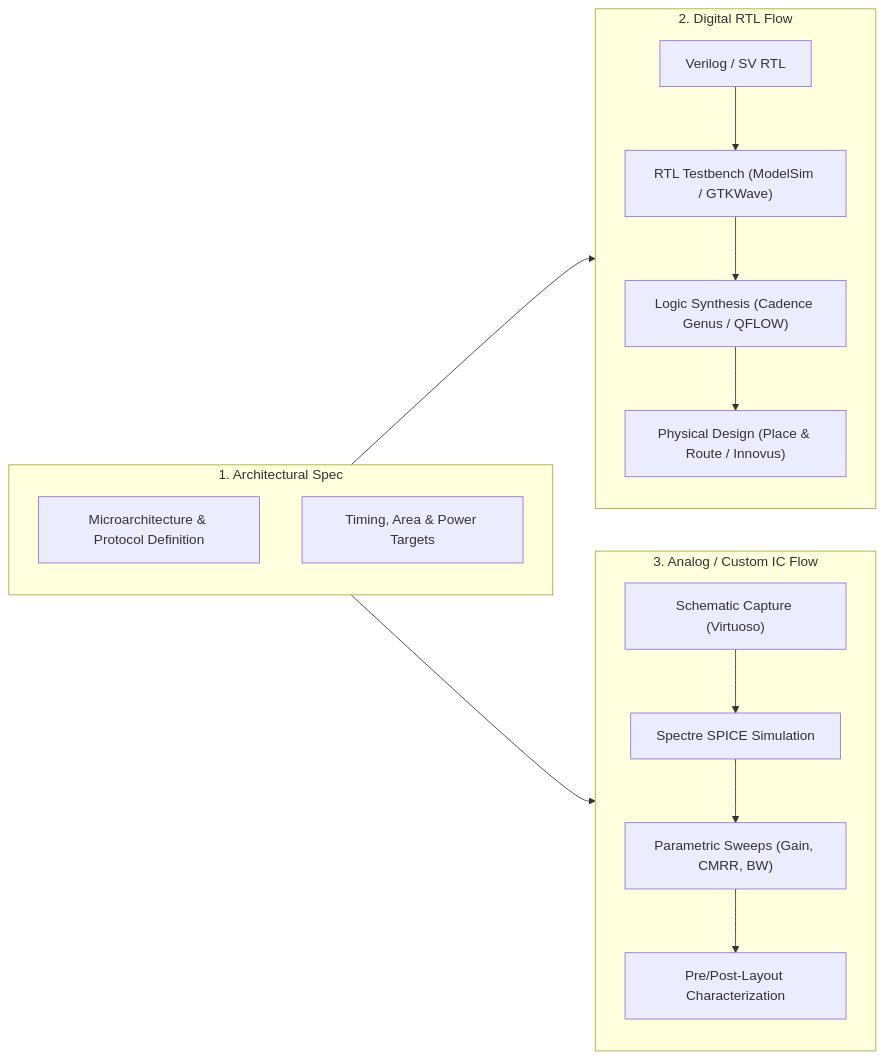
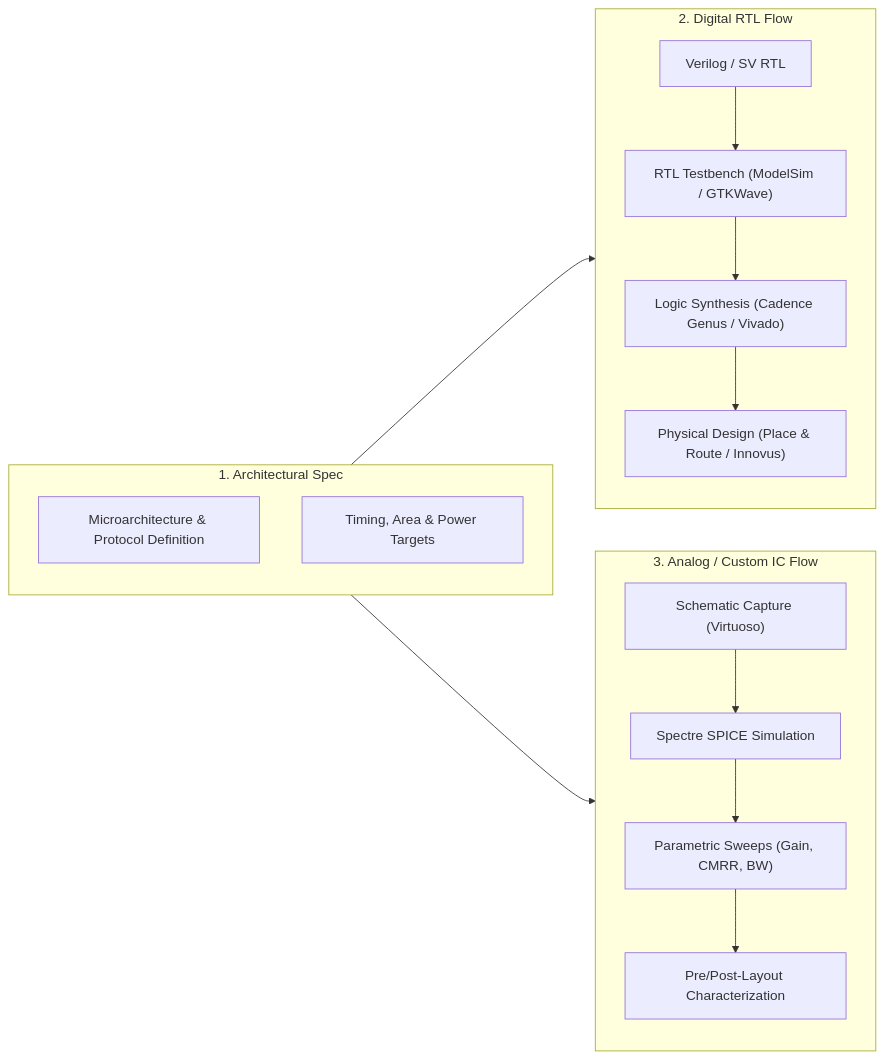
One commit to dracovishman/dracovishman changed the diagram in README.md. Above: the diagram before and after it, drawn with Mermaid. The commit also changed other lines of this file, not shown here.

````diff
--- a/README.md
+++ b/README.md
@@ -110,25 +109,25 @@
 ```mermaid
 flowchart LR
     subgraph Spec ["1. Architectural Spec"]
         direction TB
         A1["Microarchitecture & Protocol Definition"]
         A2["Timing, Area & Power Targets"]
     end
 
     subgraph Digital ["2. Digital RTL Flow"]
         direction TB
         B1["Verilog / SV RTL"] --> B2["RTL Testbench (ModelSim / GTKWave)"]
-        B2 --> B3["Logic Synthesis (Cadence Genus / QFLOW)"]
+        B2 --> B3["Logic Synthesis (Cadence Genus / Vivado)"]
         B3 --> B4["Physical Design (Place & Route / Innovus)"]
     end
 
     subgraph Analog ["3. Analog / Custom IC Flow"]
         direction TB
         C1["Schematic Capture (Virtuoso)"] --> C2["Spectre SPICE Simulation"]
         C2 --> C3["Parametric Sweeps (Gain, CMRR, BW)"]
         C3 --> C4["Pre/Post-Layout Characterization"]
     end
 
     Spec --> Digital
     Spec --> Analog
 ```
````
